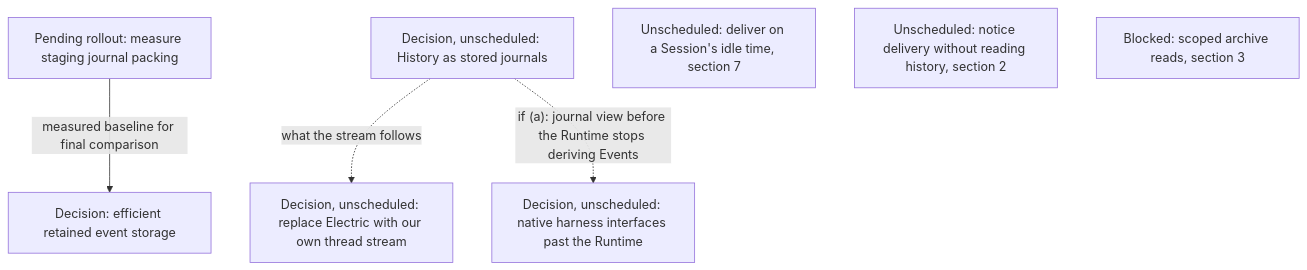
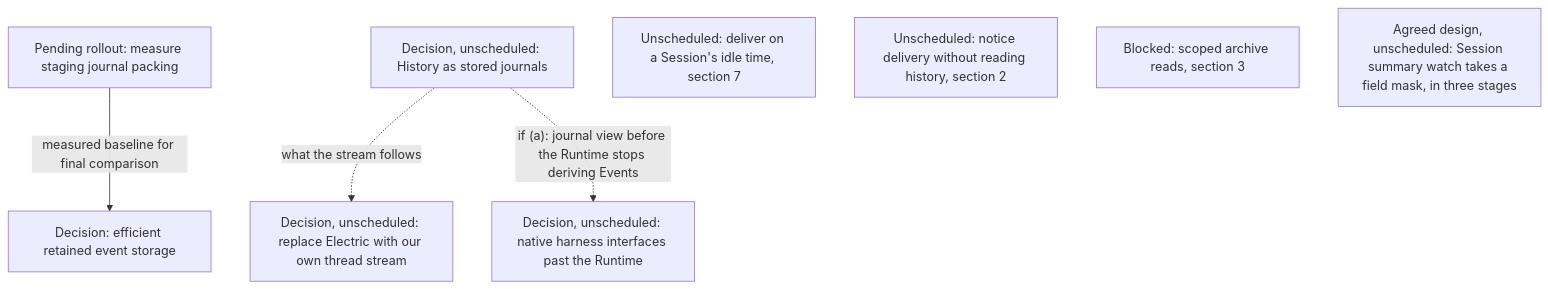
Diagram 13 of 18 in agentplane/plans/task_dag.md (agentydragon/ducktape), drawn with Mermaid before and after one commit. The commit also changed other lines of this file, not shown here.

First line of the commit message:
agentplane plans: track a field-mask Session summary watch, in three stages

````diff
--- a/agentplane/plans/task_dag.md
+++ b/agentplane/plans/task_dag.md
@@ -2464,14 +2464,15 @@
 ```mermaid
 flowchart TD
     JOURNAL_STORAGE_BASELINE[Pending rollout: measure staging journal packing]
     JOURNAL_STORAGE_DESIGN[Decision: efficient retained event storage]
     JOURNAL_STORAGE_BASELINE -->|measured baseline for final comparison| JOURNAL_STORAGE_DESIGN
     JOURNAL_REPRESENTATION_DESIGN[Decision, unscheduled: History as stored journals]
     THREAD_SYNC_WITHOUT_ELECTRIC[Decision, unscheduled: replace Electric with our own thread stream]
     JOURNAL_REPRESENTATION_DESIGN -. what the stream follows .-> THREAD_SYNC_WITHOUT_ELECTRIC
     NATIVE_HARNESS_INTERFACES_DESIGN[Decision, unscheduled: native harness interfaces past the Runtime]
     JOURNAL_REPRESENTATION_DESIGN -. if (a): journal view before the Runtime stops deriving Events .-> NATIVE_HARNESS_INTERFACES_DESIGN
     SESSION_ACTIVITY_STREAM[Unscheduled: deliver on a Session's idle time, section 7]
     NOTIFICATION_COMMAND_OUTCOME_DESIGN[Unscheduled: notice delivery without reading history, section 2]
     THREAD_READ_POLICY[Blocked: scoped archive reads, section 3]
+    SESSION_SUMMARY_WATCH_FIELD_MASK[Agreed design, unscheduled: Session summary watch takes a field mask, in three stages]
 ```
````
